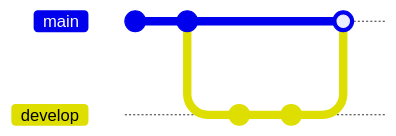
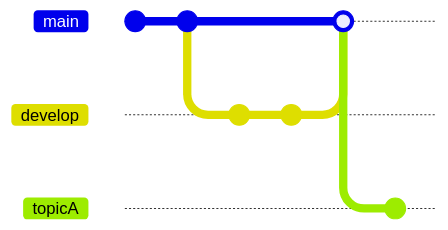
Before and after one commit to urotansh/git-practice: the diagram in readme-git.md, drawn with Mermaid. Commit ids are hidden.

Commit message:
branch topicA

````diff
--- a/readme-git.md
+++ b/readme-git.md
@@ -1,11 +1,13 @@
 ```mermaid
 gitGraph
   commit
   commit
   branch develop
   checkout develop
   commit
   commit
   checkout main
   merge develop
+  branch topicA
+  commit
 ```
````
